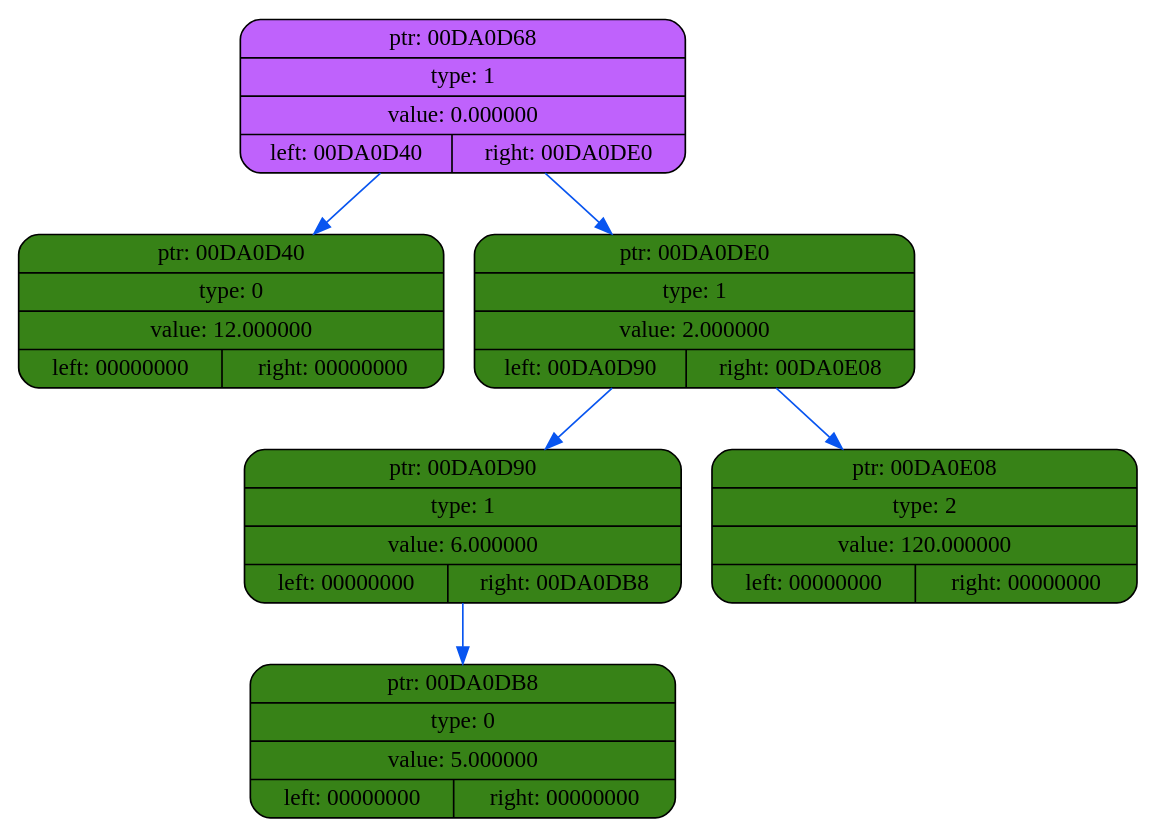
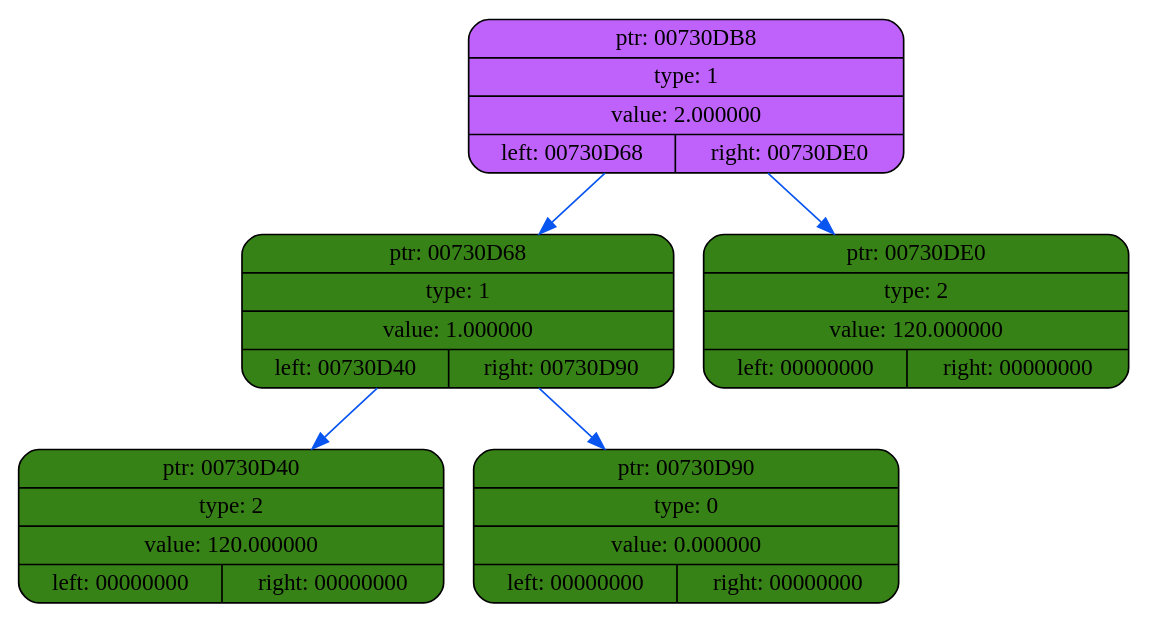
One commit to coffee8cat/differentiator changed the diagram in dump/dump1.dot. Above: the diagram before and after it, drawn with Graphviz. The commit also changed 23 other files, not shown here.

```diff
--- a/dump/dump1.dot
+++ b/dump/dump1.dot
@@ -1,16 +1,14 @@
 digraph
 {
     rankdir=TP
 
-        node00DA0D68[shape=record,style="rounded,filled",fillcolor="#BF62FC",label="{ ptr: 00DA0D68 | type: 1 | value: 0.000000| { left: 00DA0D40 | right: 00DA0DE0 }}"];
-    node00DA0D68 -> node00DA0D40[color="#0855F0"]
-    node00DA0D40[shape=record,style="rounded,filled",fillcolor="#378217",label="{ ptr: 00DA0D40 | type: 0 | value: 12.000000| { left: 00000000 | right: 00000000 }}"];
-    node00DA0D68 -> node00DA0DE0[color="#0855F0"]
-    node00DA0DE0[shape=record,style="rounded,filled",fillcolor="#378217",label="{ ptr: 00DA0DE0 | type: 1 | value: 2.000000| { left: 00DA0D90 | right: 00DA0E08 }}"];
-    node00DA0DE0 -> node00DA0D90[color="#0855F0"]
-    node00DA0D90[shape=record,style="rounded,filled",fillcolor="#378217",label="{ ptr: 00DA0D90 | type: 1 | value: 6.000000| { left: 00000000 | right: 00DA0DB8 }}"];
-    node00DA0D90 -> node00DA0DB8[color="#0855F0"]
-    node00DA0DB8[shape=record,style="rounded,filled",fillcolor="#378217",label="{ ptr: 00DA0DB8 | type: 0 | value: 5.000000| { left: 00000000 | right: 00000000 }}"];
-    node00DA0DE0 -> node00DA0E08[color="#0855F0"]
-    node00DA0E08[shape=record,style="rounded,filled",fillcolor="#378217",label="{ ptr: 00DA0E08 | type: 2 | value: 120.000000| { left: 00000000 | right: 00000000 }}"];
+        node00730DB8[shape=record,style="rounded,filled",fillcolor="#BF62FC",label="{ ptr: 00730DB8 | type: 1 | value: 2.000000| { left: 00730D68 | right: 00730DE0 }}"];
+    node00730DB8 -> node00730D68[color="#0855F0"]
+    node00730D68[shape=record,style="rounded,filled",fillcolor="#378217",label="{ ptr: 00730D68 | type: 1 | value: 1.000000| { left: 00730D40 | right: 00730D90 }}"];
+    node00730D68 -> node00730D40[color="#0855F0"]
+    node00730D40[shape=record,style="rounded,filled",fillcolor="#378217",label="{ ptr: 00730D40 | type: 2 | value: 120.000000| { left: 00000000 | right: 00000000 }}"];
+    node00730D68 -> node00730D90[color="#0855F0"]
+    node00730D90[shape=record,style="rounded,filled",fillcolor="#378217",label="{ ptr: 00730D90 | type: 0 | value: 0.000000| { left: 00000000 | right: 00000000 }}"];
+    node00730DB8 -> node00730DE0[color="#0855F0"]
+    node00730DE0[shape=record,style="rounded,filled",fillcolor="#378217",label="{ ptr: 00730DE0 | type: 2 | value: 120.000000| { left: 00000000 | right: 00000000 }}"];
 }
```
